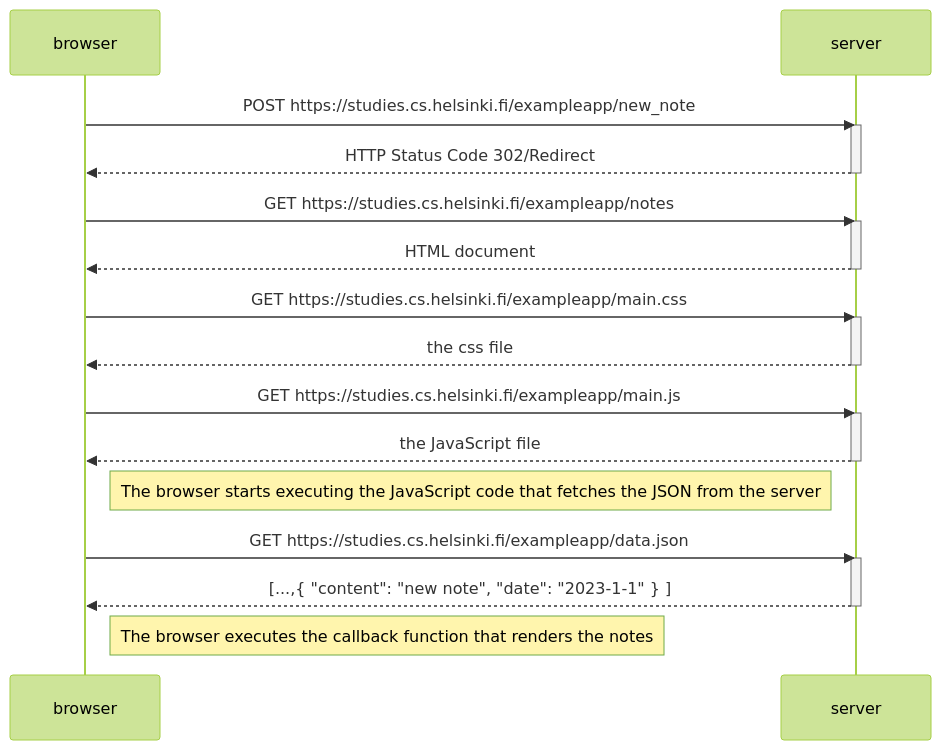
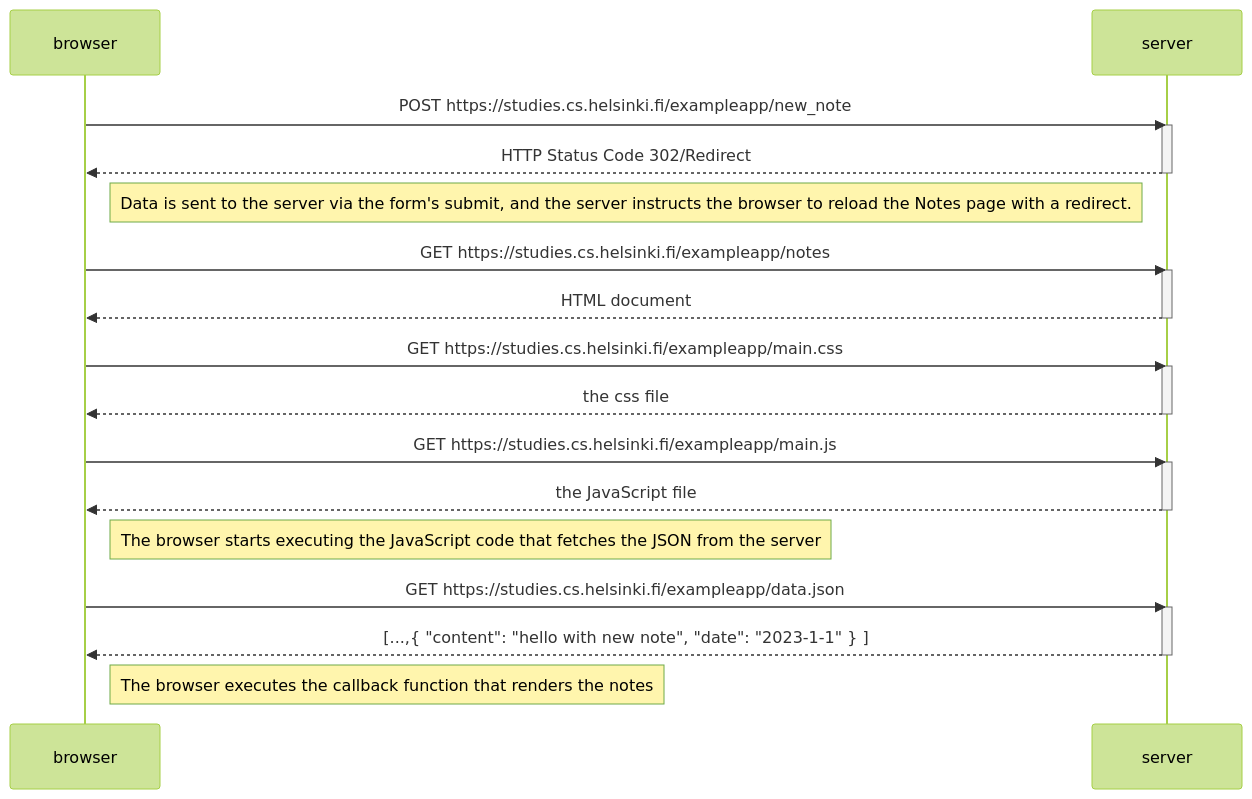
One commit to mauricepruna/fullstackopen changed the diagram in part0/0.4_seq_diagram.md. Above: the diagram before and after it, drawn with Mermaid (forest theme). The commit also changed 2 other files, not shown here.

Commit message:
submitting part0

````diff
--- a/part0/0.4_seq_diagram.md
+++ b/part0/0.4_seq_diagram.md
@@ -1,34 +1,36 @@
 ```mermaid
 sequenceDiagram
     participant browser
     participant server
 
     browser->>server: POST https://studies.cs.helsinki.fi/exampleapp/new_note
     activate server
     server-->>browser: HTTP Status Code 302/Redirect
     deactivate server
+    
+    Note right of browser: Data is sent to the server via the form's submit, and the server instructs the browser to reload the Notes page with a redirect.
 
     browser->>server: GET https://studies.cs.helsinki.fi/exampleapp/notes
     activate server
     server-->>browser: HTML document
     deactivate server
 
     browser->>server: GET https://studies.cs.helsinki.fi/exampleapp/main.css
     activate server
     server-->>browser: the css file
     deactivate server
 
     browser->>server: GET https://studies.cs.helsinki.fi/exampleapp/main.js
     activate server
     server-->>browser: the JavaScript file
     deactivate server
 
     Note right of browser: The browser starts executing the JavaScript code that fetches the JSON from the server
 
     browser->>server: GET https://studies.cs.helsinki.fi/exampleapp/data.json
     activate server
-    server-->>browser: [...,{ "content": "new note", "date": "2023-1-1" } ]
+    server-->>browser: [...,{ "content": "hello with new note", "date": "2023-1-1" } ]
     deactivate server
 
     Note right of browser: The browser executes the callback function that renders the notes
 ```
````
